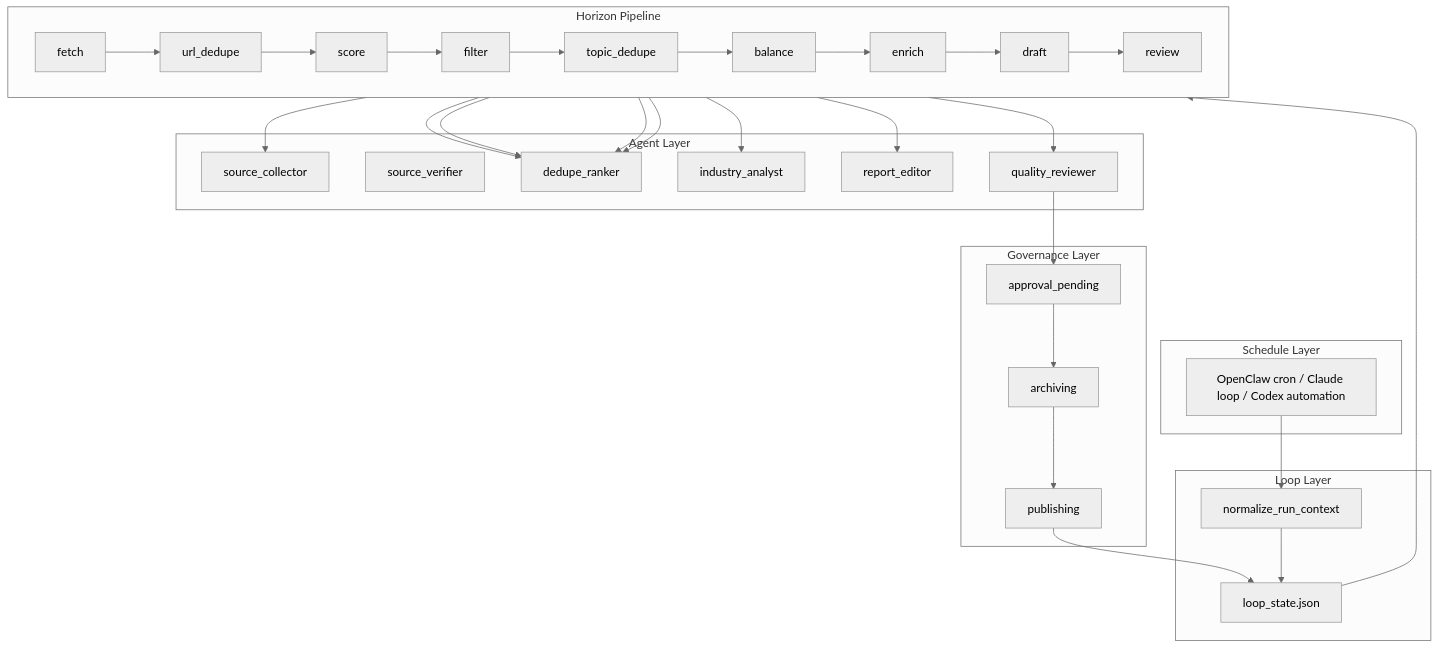
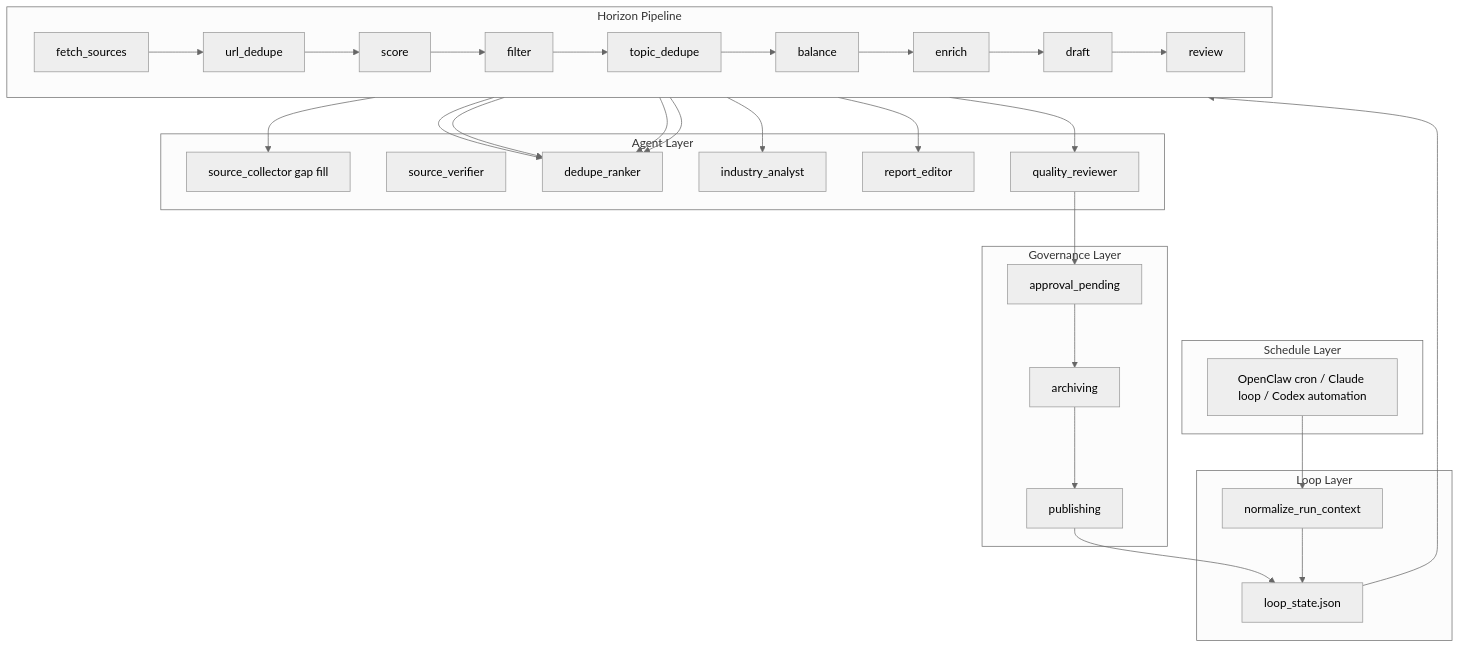
Before and after one commit to junwayne66/ai-news-skill: the diagram in references/architecture.md, drawn with Mermaid (neutral theme). The commit also changed 9 other files, not shown here.

First line of the commit message:
Wire deterministic fetch pipeline into orchestration flow

````diff
--- a/references/architecture.md
+++ b/references/architecture.md
@@ -19,46 +19,46 @@
 ```mermaid
 flowchart TB
   subgraph schedule["Schedule Layer"]
     CRON[OpenClaw cron / Claude loop / Codex automation]
   end
 
   subgraph loop["Loop Layer"]
     LS[loop_state.json]
     NA[normalize_run_context]
     CRON --> NA --> LS
   end
 
   subgraph horizon["Horizon Pipeline"]
   direction LR
-    F[fetch] --> UD[url_dedupe] --> SC[score] --> FI[filter]
+    FS[fetch_sources] --> UD[url_dedupe] --> SC[score] --> FI[filter]
     FI --> TD[topic_dedupe] --> BA[balance] --> EN[enrich]
     EN --> DR[draft] --> RV[review]
   end
 
   subgraph agents["Agent Layer"]
-    C[source_collector]
+    C[source_collector gap fill]
     V[source_verifier]
     R[dedupe_ranker]
     A[industry_analyst]
     E[report_editor]
     Q[quality_reviewer]
   end
 
   subgraph gov["Governance Layer"]
     AP[approval_pending]
     AR[archiving]
     PB[publishing]
   end
 
   LS --> horizon
-  F --> C
+  FS --> C
   UD --> R
   SC --> R
   TD --> R
   BA --> R
   EN --> A
   DR --> E
   RV --> Q
   Q --> AP --> AR --> PB
   PB --> LS
 ```
````
